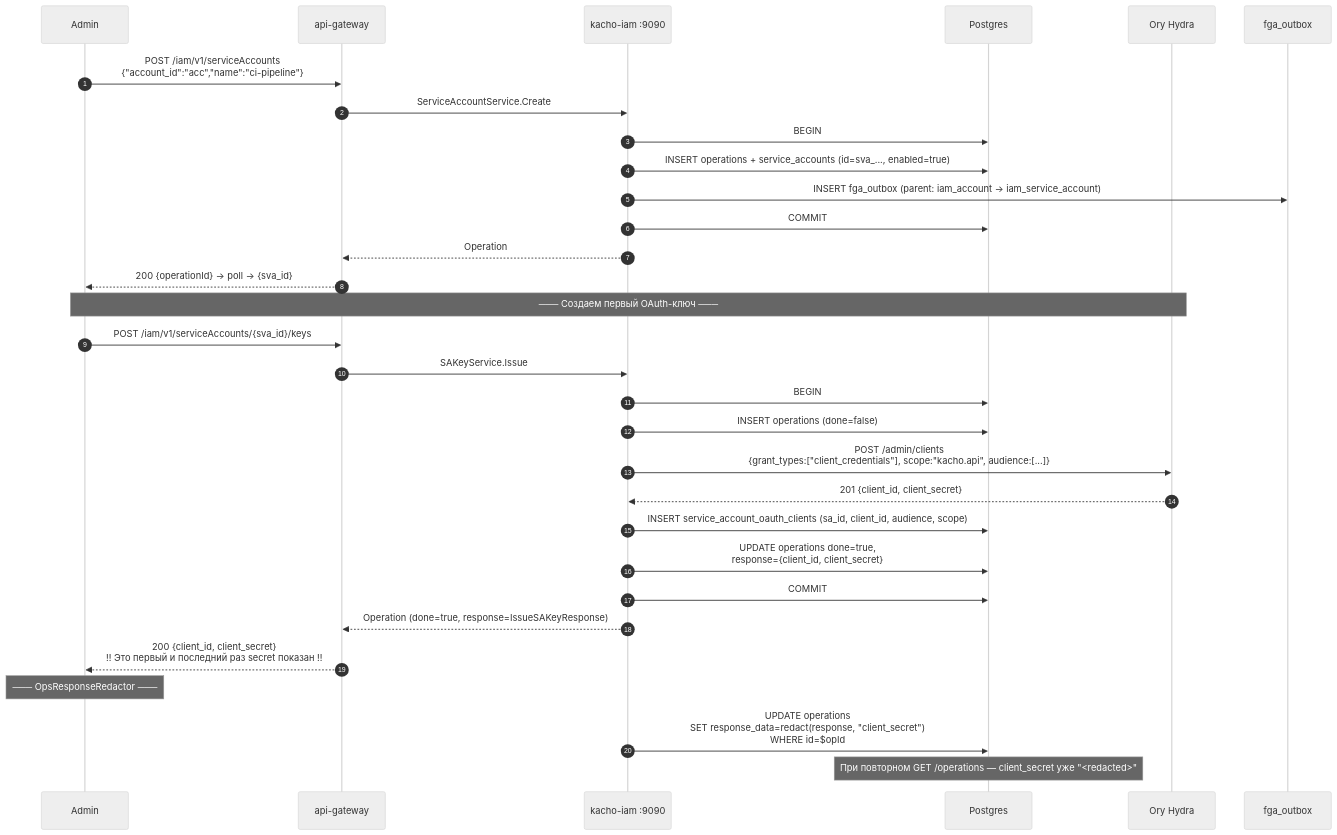
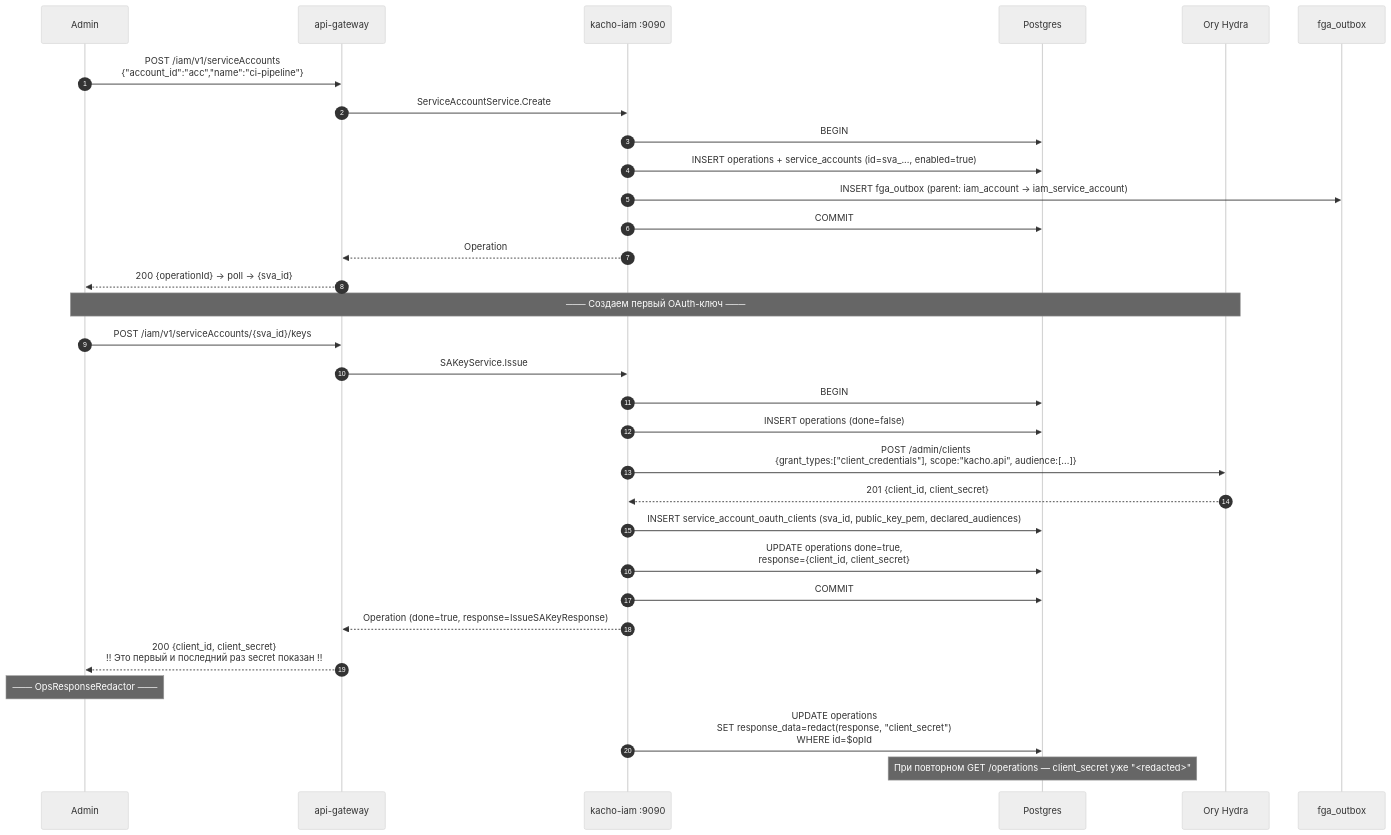
The diagram in services/iam/docs/engineering/components/04-service-account.md (PRO-Robotech/kacho), drawn with Mermaid (neutral theme) before and after one commit. The commit also changed 18 other files, not shown here.

````diff
--- a/services/iam/docs/engineering/components/04-service-account.md
+++ b/services/iam/docs/engineering/components/04-service-account.md
@@ -51,36 +51,36 @@
 ```mermaid
 sequenceDiagram
     autonumber
     participant Admin
     participant GW as api-gateway
     participant IAM as kacho-iam :9090
     participant DB as Postgres
     participant Hydra as Ory Hydra
     participant Out as fga_outbox
 
     Admin->>GW: POST /iam/v1/serviceAccounts<br/>{"account_id":"acc","name":"ci-pipeline"}
     GW->>IAM: ServiceAccountService.Create
     IAM->>DB: BEGIN
     IAM->>DB: INSERT operations + service_accounts (id=sva_..., enabled=true)
     IAM->>Out: INSERT fga_outbox (parent: iam_account → iam_service_account)
     IAM->>DB: COMMIT
     IAM-->>GW: Operation
     GW-->>Admin: 200 {operationId} → poll → {sva_id}
 
     Note over Admin,Hydra: ─── Создаем первый OAuth-ключ ───
     Admin->>GW: POST /iam/v1/serviceAccounts/{sva_id}/keys
     GW->>IAM: SAKeyService.Issue
     IAM->>DB: BEGIN
     IAM->>DB: INSERT operations (done=false)
     IAM->>Hydra: POST /admin/clients<br/>{grant_types:["client_credentials"], scope:"kacho.api", audience:[...]}
     Hydra-->>IAM: 201 {client_id, client_secret}
-    IAM->>DB: INSERT service_account_oauth_clients (sa_id, client_id, audience, scope)
+    IAM->>DB: INSERT service_account_oauth_clients (sva_id, public_key_pem, declared_audiences)
     IAM->>DB: UPDATE operations done=true,<br/>response={client_id, client_secret}
     IAM->>DB: COMMIT
     IAM-->>GW: Operation (done=true, response=IssueSAKeyResponse)
     GW-->>Admin: 200 {client_id, client_secret}<br/>!! Это первый и последний раз secret показан !!
 
     Note over Admin: ─── OpsResponseRedactor ───
     IAM->>DB: UPDATE operations<br/>SET response_data=redact(response, "client_secret")<br/>WHERE id=$opId
     Note over DB: При повторном GET /operations — client_secret уже "<redacted>"
 ```
````
